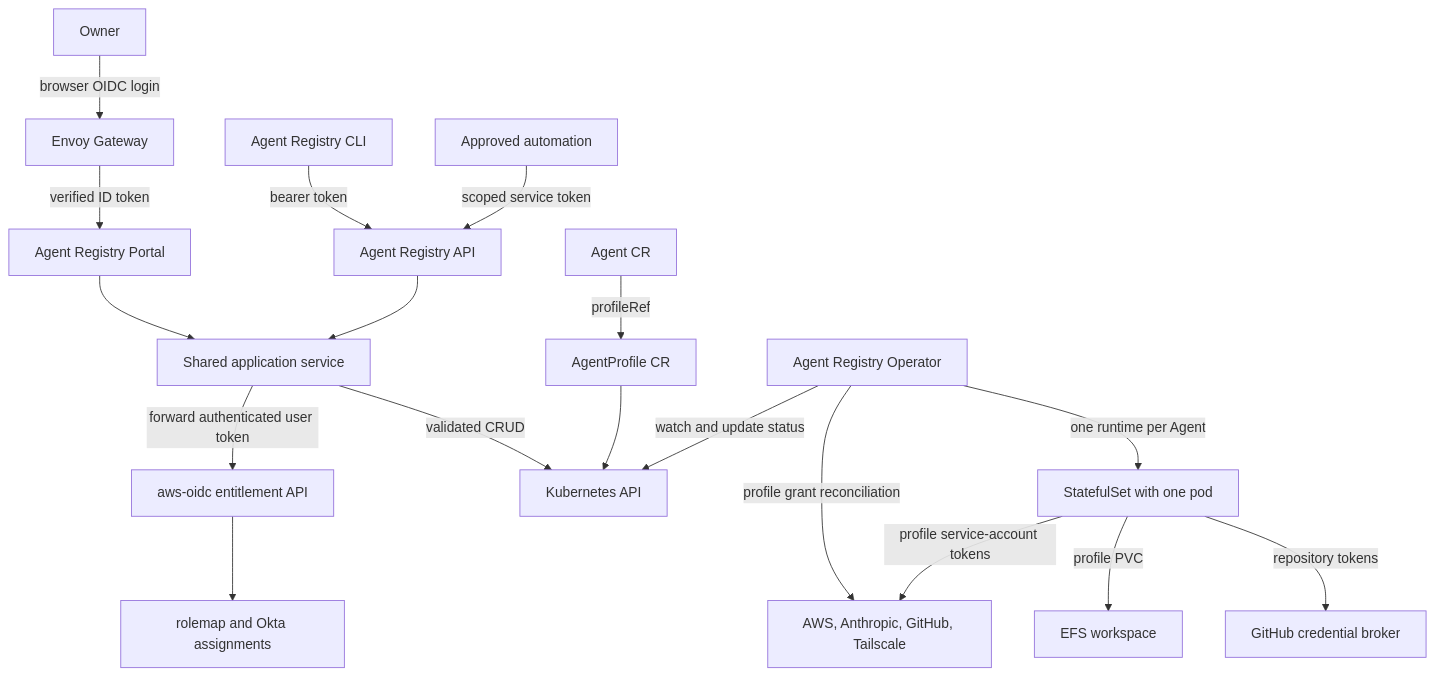
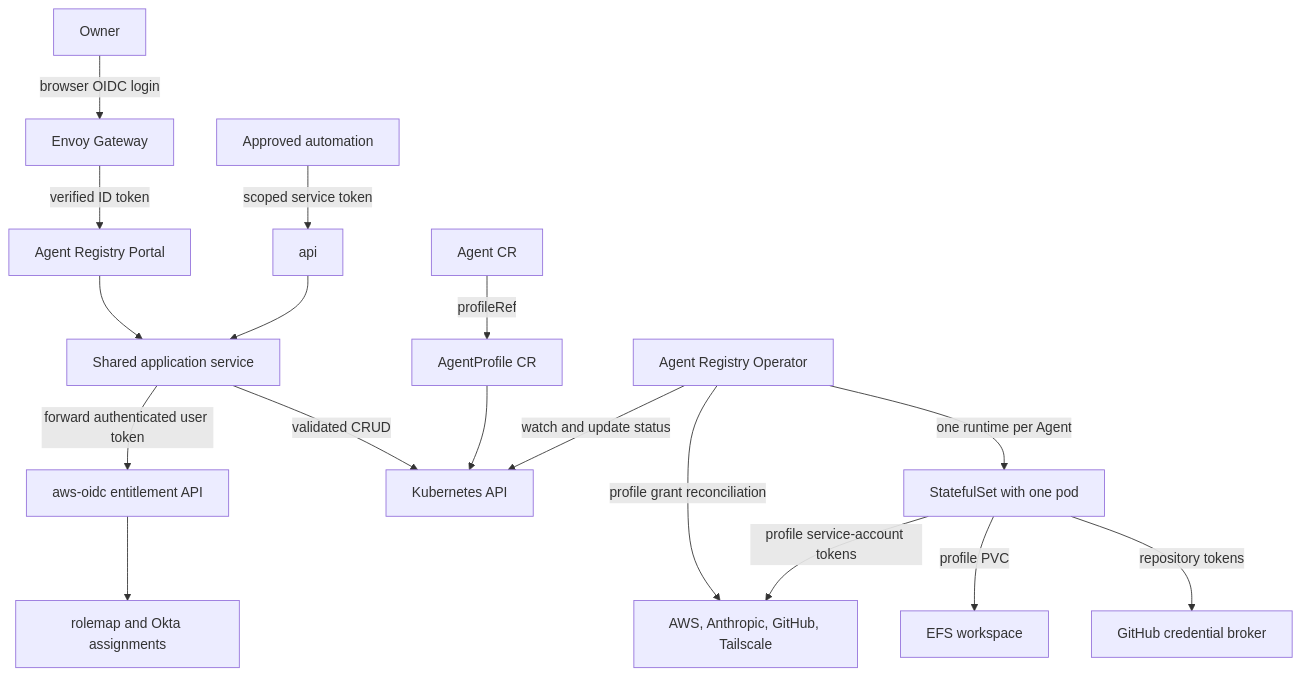
The diagram in docs/agent-registry-control-plane.md (chanzuckerberg/aws-oidc), drawn with Mermaid before and after one commit. The commit also changed other lines of this file, not shown here.

Commit message:
docs: defer agent registry CLI

````diff
--- a/docs/agent-registry-control-plane.md
+++ b/docs/agent-registry-control-plane.md
@@ -80,23 +86,22 @@
 ```mermaid
 flowchart TB
   owner["Owner"] -->|"browser OIDC login"| gateway["Envoy Gateway"]
   gateway -->|"verified ID token"| portal["Agent Registry Portal"]
-  cli["Agent Registry CLI"] -->|"bearer token"| api["Agent Registry API"]
   automation["Approved automation"] -->|"scoped service token"| api
   portal --> app["Shared application service"]
   api --> app
 
   app -->|"forward authenticated user token"| entitlements["aws-oidc entitlement API"]
   entitlements --> rolemap["rolemap and Okta assignments"]
   app -->|"validated CRUD"| kube["Kubernetes API"]
 
   profile["AgentProfile CR"] --> kube
   agent["Agent CR"] -->|"profileRef"| profile
   operator["Agent Registry Operator"] -->|"watch and update status"| kube
   operator -->|"profile grant reconciliation"| providers["AWS, Anthropic, GitHub, Tailscale"]
   operator -->|"one runtime per Agent"| runtime["StatefulSet with one pod"]
 
   runtime -->|"profile PVC"| efs["EFS workspace"]
   runtime -->|"profile service-account tokens"| providers
   runtime -->|"repository tokens"| broker["GitHub credential broker"]
 ```
````
